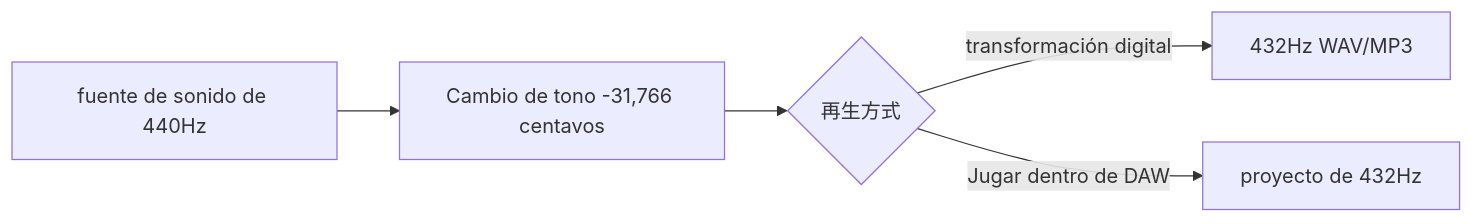
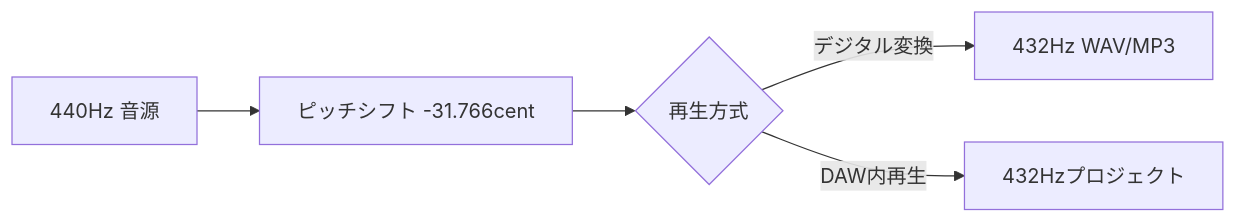
One commit to monumental-movement/monumental-movement.github.io changed the first of 2 diagrams in es/_posts/2025-11-15-column-432hz.md. Above: the diagram before and after it, drawn with Mermaid. The commit also changed other lines of this file and 299 other files, not shown here.

```diff
--- a/es/_posts/2025-11-15-column-432hz.md
+++ b/es/_posts/2025-11-15-column-432hz.md
@@ -214,9 +214,9 @@
 <div class="mermaid">
 
 flowchart LR
-    A[fuente de sonido de 440Hz] --> B[Cambio de tono -31,766 centavos]
+    A[440Hz 音源] --> B[ピッチシフト -31.766cent]
     B --> C{再生方式}
-    C -->|transformación digital| D[432Hz WAV/MP3]
-    C -->|Jugar dentro de DAW| E[proyecto de 432Hz]
+    C -->|デジタル変換| D[432Hz WAV/MP3]
+    C -->|DAW内再生| E[432Hzプロジェクト]
 
 </div>
```
